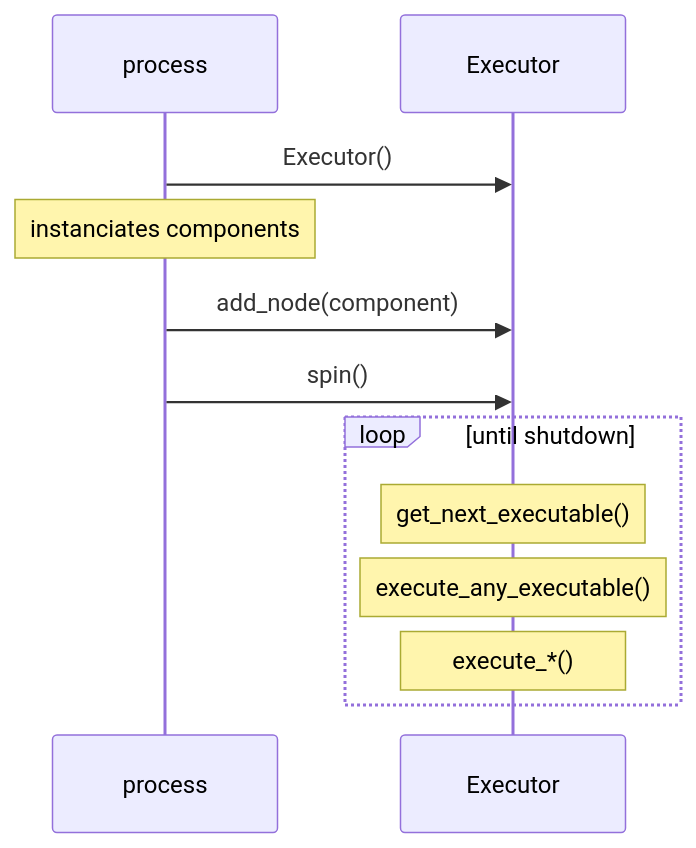
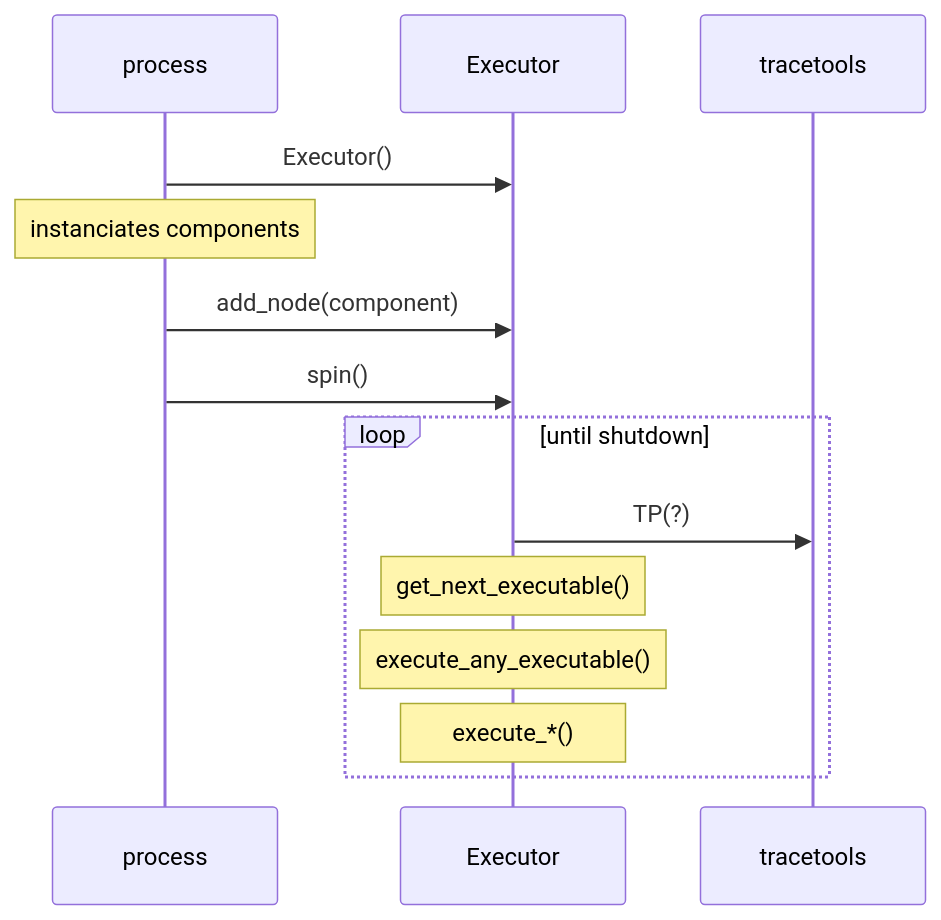
One commit to ros2/ros2_tracing changed the fifth of 6 diagrams in doc/ros_2.md. Above: the diagram before and after it, drawn with Mermaid. The commit also changed other lines of this file, not shown here.

````diff
--- a/doc/ros_2.md
+++ b/doc/ros_2.md
@@ -121,15 +139,18 @@
 ```mermaid
 sequenceDiagram
     participant process
     participant Executor
+    participant tracetools
 
     process->>Executor: Executor()
     Note over process: instanciates components
     process->>Executor: add_node(component)
     process->>Executor: spin()
     loop until shutdown
+        Executor->>tracetools: TP(?)
+
         Note over Executor: get_next_executable()
         Note over Executor: execute_any_executable()
         Note over Executor: execute_*()
     end
 ```
````
